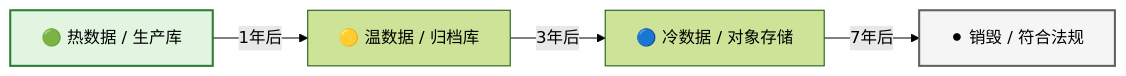
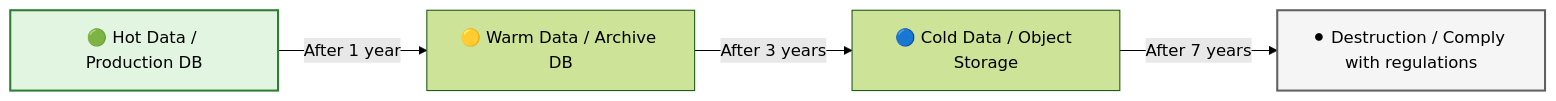
The eighth of 11 diagrams in templates/产品/技术层/【模板】数据库设计文档规范.md (Kirky-X/cangjie), drawn with Mermaid (forest theme) before and after one commit. The commit also changed other lines of this file and 60 other files, not shown here.

````diff
--- a/templates/产品/技术层/【模板】数据库设计文档规范.md
+++ b/templates/产品/技术层/【模板】数据库设计文档规范.md
@@ -531,9 +531,9 @@
 ```mermaid
 flowchart LR
-    A[🟢 热数据 / 生产库] -->|1年后| B[🟡 温数据 / 归档库]
-    B -->|3年后| C[🔵 冷数据 / 对象存储]
-    C -->|7年后| D[⚫ 销毁 / 符合法规]
+    A[🟢 Hot Data / Production DB] -->|After 1 year| B[🟡 Warm Data / Archive DB]
+    B -->|After 3 years| C[🔵 Cold Data / Object Storage]
+    C -->|After 7 years| D[⚫ Destruction / Comply with regulations]
 
     style A fill:#e1f5e1,stroke:#2e7d32,stroke-width:2px
     style D fill:#f5f5f5,stroke:#616161,stroke-width:2px
 ```
````
